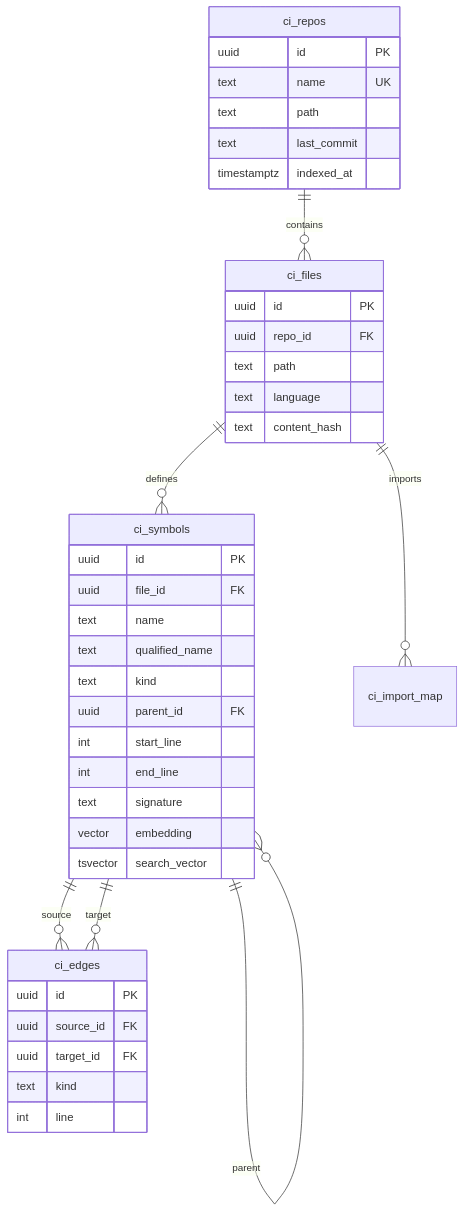
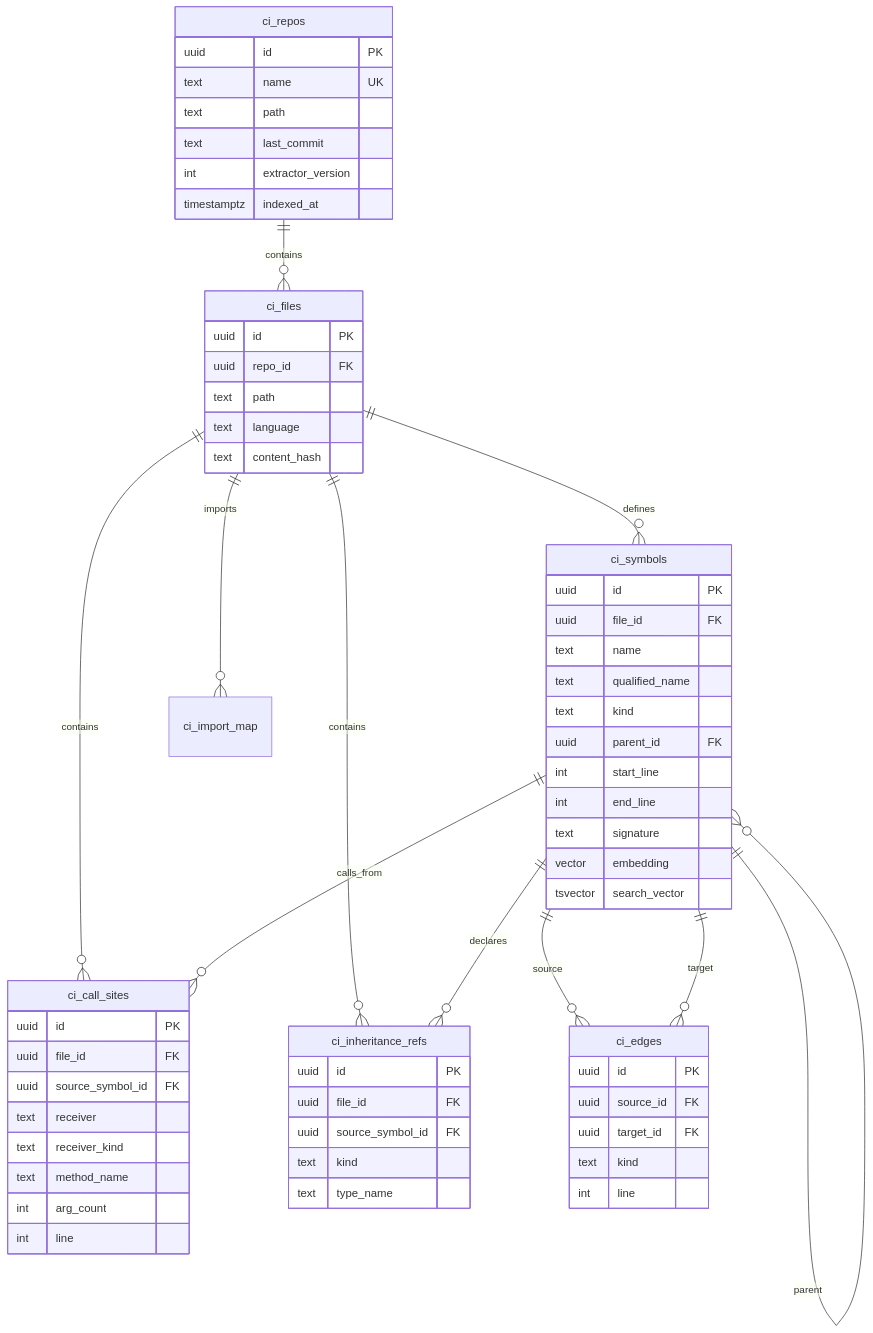
Before and after one commit to RuneLind/yggdrasil: the third of 4 diagrams in README.md, drawn with Mermaid. The commit also changed other lines of this file and 14 other files, not shown here.

````diff
--- a/README.md
+++ b/README.md
@@ -75,47 +76,71 @@
 ```mermaid
 erDiagram
     ci_repos ||--o{ ci_files : contains
     ci_files ||--o{ ci_symbols : defines
     ci_files ||--o{ ci_import_map : imports
+    ci_files ||--o{ ci_call_sites : contains
+    ci_files ||--o{ ci_inheritance_refs : contains
+    ci_symbols ||--o{ ci_call_sites : calls_from
+    ci_symbols ||--o{ ci_inheritance_refs : declares
     ci_symbols ||--o{ ci_symbols : parent
     ci_symbols ||--o{ ci_edges : source
     ci_symbols ||--o{ ci_edges : target
 
     ci_repos {
         uuid id PK
         text name UK
         text path
         text last_commit
+        int extractor_version
         timestamptz indexed_at
     }
 
     ci_files {
         uuid id PK
         uuid repo_id FK
         text path
         text language
         text content_hash
     }
 
     ci_symbols {
         uuid id PK
         uuid file_id FK
         text name
         text qualified_name
         text kind
         uuid parent_id FK
         int start_line
         int end_line
         text signature
         vector embedding
         tsvector search_vector
     }
 
     ci_edges {
         uuid id PK
         uuid source_id FK
         uuid target_id FK
         text kind
         int line
     }
+
+    ci_call_sites {
+        uuid id PK
+        uuid file_id FK
+        uuid source_symbol_id FK
+        text receiver
+        text receiver_kind
+        text method_name
+        int arg_count
+        int line
+    }
+
+    ci_inheritance_refs {
+        uuid id PK
+        uuid file_id FK
+        uuid source_symbol_id FK
+        text kind
+        text type_name
+    }
 ```
````
